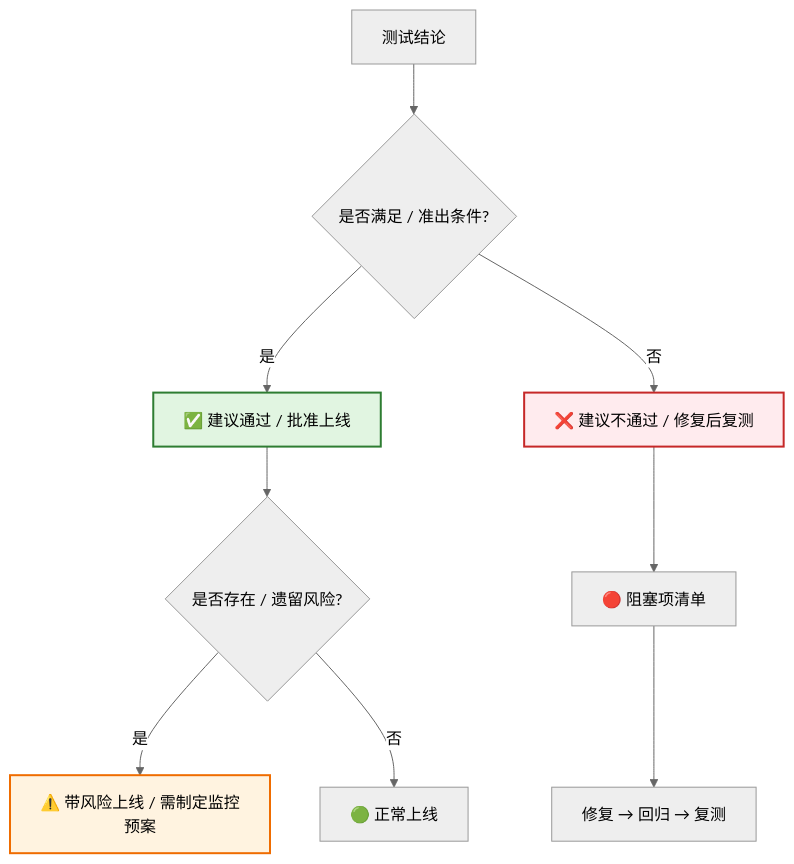
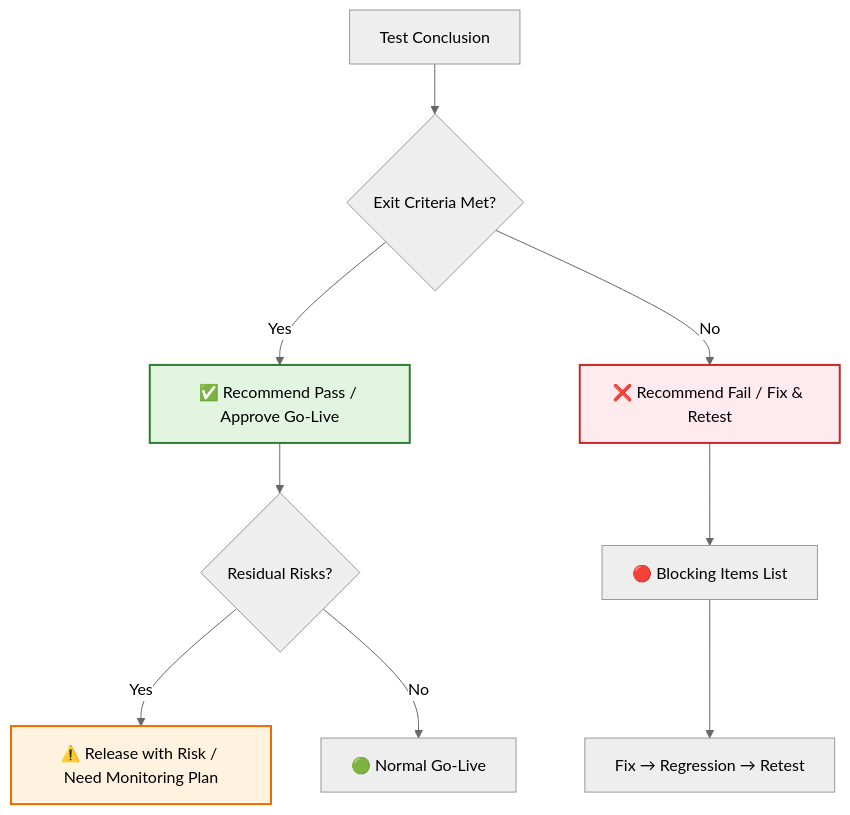
The fourth of 4 diagrams in templates/产品/交付层/【模板】测试报告.md (Kirky-X/cangjie), drawn with Mermaid (neutral theme) before and after one commit. The commit also changed other lines of this file and 46 other files, not shown here.

````diff
--- a/templates/产品/交付层/【模板】测试报告.md
+++ b/templates/产品/交付层/【模板】测试报告.md
@@ -467,17 +466,17 @@
 ```mermaid
 flowchart TD
-    A[测试结论] --> B{是否满足 / 准出条件?}
-    B -->|是| C[✅ 建议通过 / 批准上线]
-    B -->|否| D[❌ 建议不通过 / 修复后复测]
+    A[Test Conclusion] --> B{Exit Criteria Met?}
+    B -->|Yes| C[✅ Recommend Pass / Approve Go-Live]
+    B -->|No| D[❌ Recommend Fail / Fix & Retest]
 
-    C --> E{是否存在 / 遗留风险?}
-    E -->|是| F[⚠️ 带风险上线 / 需制定监控预案]
-    E -->|否| G[🟢 正常上线]
+    C --> E{Residual Risks?}
+    E -->|Yes| F[⚠️ Release with Risk / Need Monitoring Plan]
+    E -->|No| G[🟢 Normal Go-Live]
 
-    D --> H[🔴 阻塞项清单]
-    H --> I[修复 → 回归 → 复测]
+    D --> H[🔴 Blocking Items List]
+    H --> I[Fix → Regression → Retest]
 
     style C fill:#e1f5e1,stroke:#2e7d32,stroke-width:2px
     style D fill:#ffebee,stroke:#c62828,stroke-width:2px
     style F fill:#fff3e0,stroke:#ef6c00,stroke-width:2px
 ```
````
